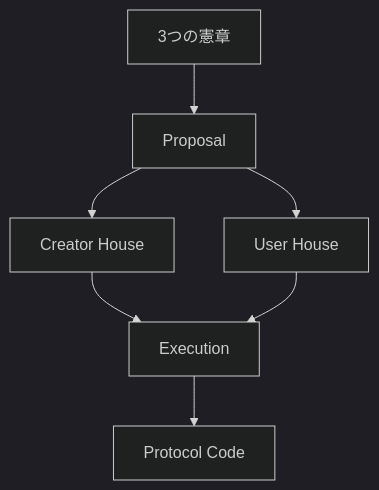
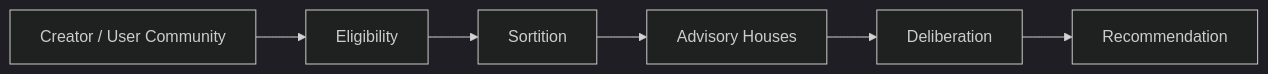
One commit to ShigeichiroYamasaki/creator-first-platform changed diagram 18 of 46 in docs/whitepaper/13-roadmap.md. Above: the diagram before and after it, drawn with Mermaid (dark theme). The commit also changed other lines of this file, not shown here.

````diff
--- a/docs/whitepaper/13-roadmap.md
+++ b/docs/whitepaper/13-roadmap.md
@@ -630,14 +588,11 @@
 ```mermaid
-flowchart TD
-    CHARTER[3つの憲章]
-    PROPOSAL[Proposal]
+flowchart LR
+    COMMUNITY[Creator / User Community]
+    ELIGIBLE[Eligibility]
+    SORT[Sortition]
+    HOUSES[Advisory Houses]
+    DELIB[Deliberation]
+    RECOMMEND[Recommendation]
 
-    CHARTER --> PROPOSAL
-    PROPOSAL --> CH[Creator House]
-    PROPOSAL --> UH[User House]
-
-    CH --> EXEC[Execution]
-    UH --> EXEC
-
-    EXEC --> CODE[Protocol Code]
+    COMMUNITY --> ELIGIBLE --> SORT --> HOUSES --> DELIB --> RECOMMEND
 ```
````
